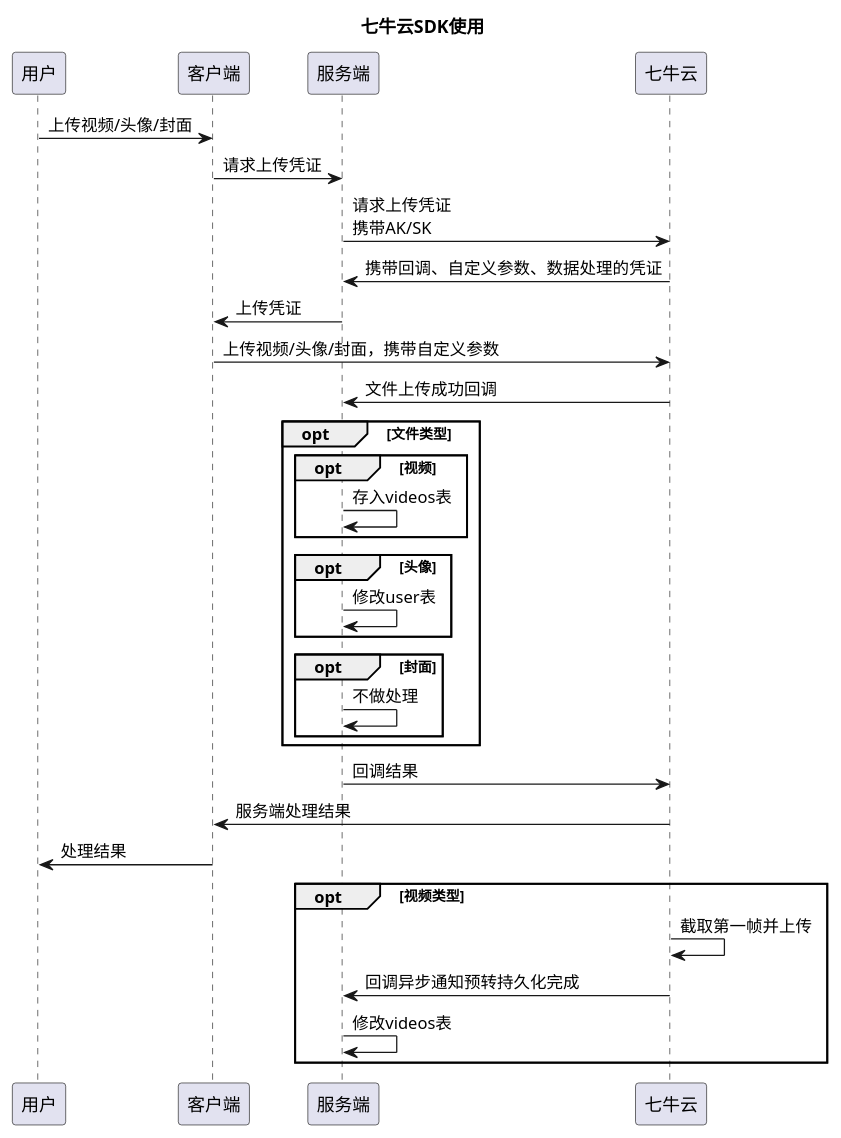
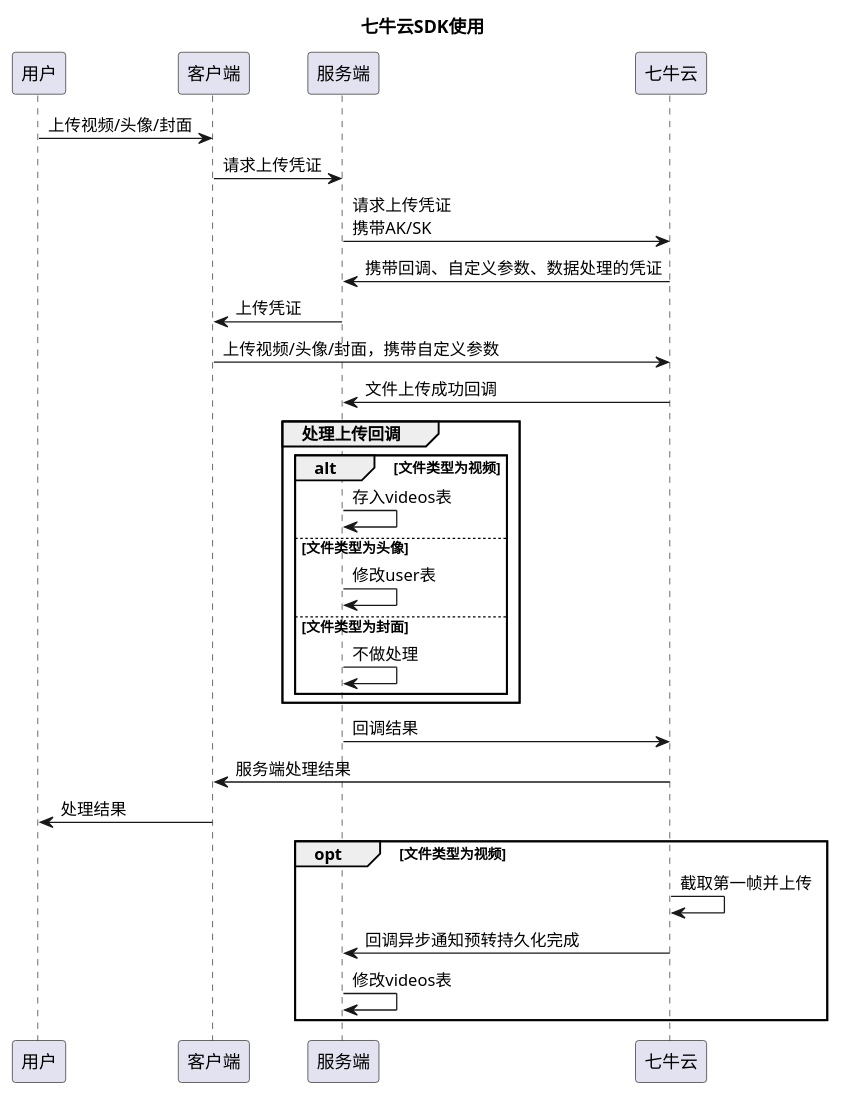
Before and after one commit to tbghg/utopia-back: the diagram in doc/poml/七牛云SDK使用.puml, drawn with PlantUML. The commit also changed 4 other files, not shown here.

```diff
--- a/doc/poml/七牛云SDK使用.puml
+++ b/doc/poml/七牛云SDK使用.puml
@@ -1,42 +1,41 @@
 @startuml
 'https://plantuml.com/sequence-diagram
 
 'autonumber
 
 title 七牛云SDK使用
 
 participant 用户
 participant 客户端
 participant 服务端
 participant 七牛云
 
 用户 -> 客户端 : 上传视频/头像/封面
 客户端 -> 服务端:请求上传凭证
 服务端 -> 七牛云:请求上传凭证\n携带AK/SK
 七牛云 -> 服务端:携带回调、自定义参数、数据处理的凭证
 服务端 -> 客户端:上传凭证
 客户端 -> 七牛云:上传视频/头像/封面，携带自定义参数
 七牛云 -> 服务端:文件上传成功回调
-opt 文件类型
-    opt 视频
-    服务端 -> 服务端:存入videos表
-    end
-    opt 头像
-    服务端 -> 服务端:修改user表
-    end
-    opt 封面
-    服务端 -> 服务端:不做处理
+
+group 处理上传回调
+    alt 文件类型为视频
+        服务端 -> 服务端:存入videos表
+    else 文件类型为头像
+        服务端 -> 服务端:修改user表
+    else 文件类型为封面
+        服务端 -> 服务端:不做处理
     end
 end
 
 服务端 -> 七牛云: 回调结果
 七牛云 -> 客户端: 服务端处理结果
 客户端 -> 用户: 处理结果
 
-opt 视频类型
+opt 文件类型为视频
 七牛云 -> 七牛云: 截取第一帧并上传
 七牛云 -> 服务端: 回调异步通知预转持久化完成
 服务端 -> 服务端: 修改videos表
 end
 
 @enduml
```
